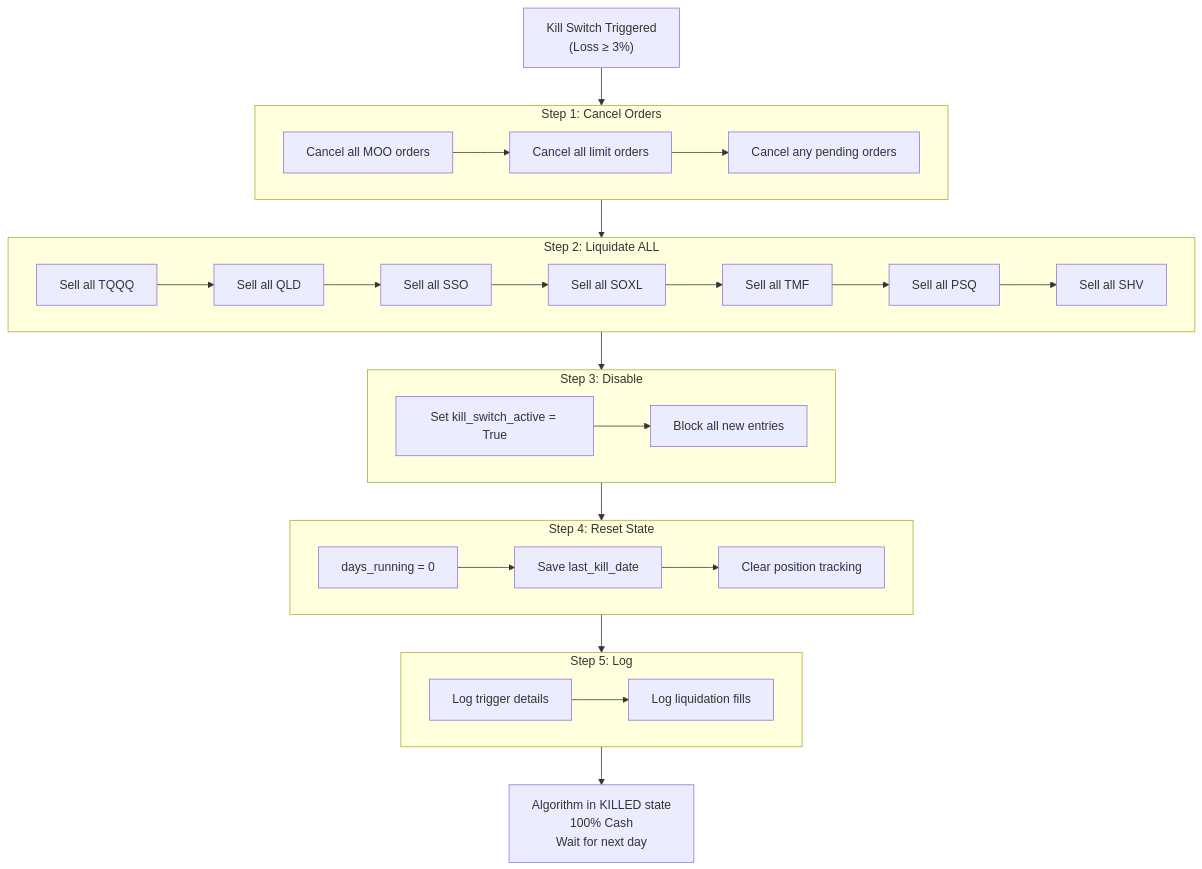
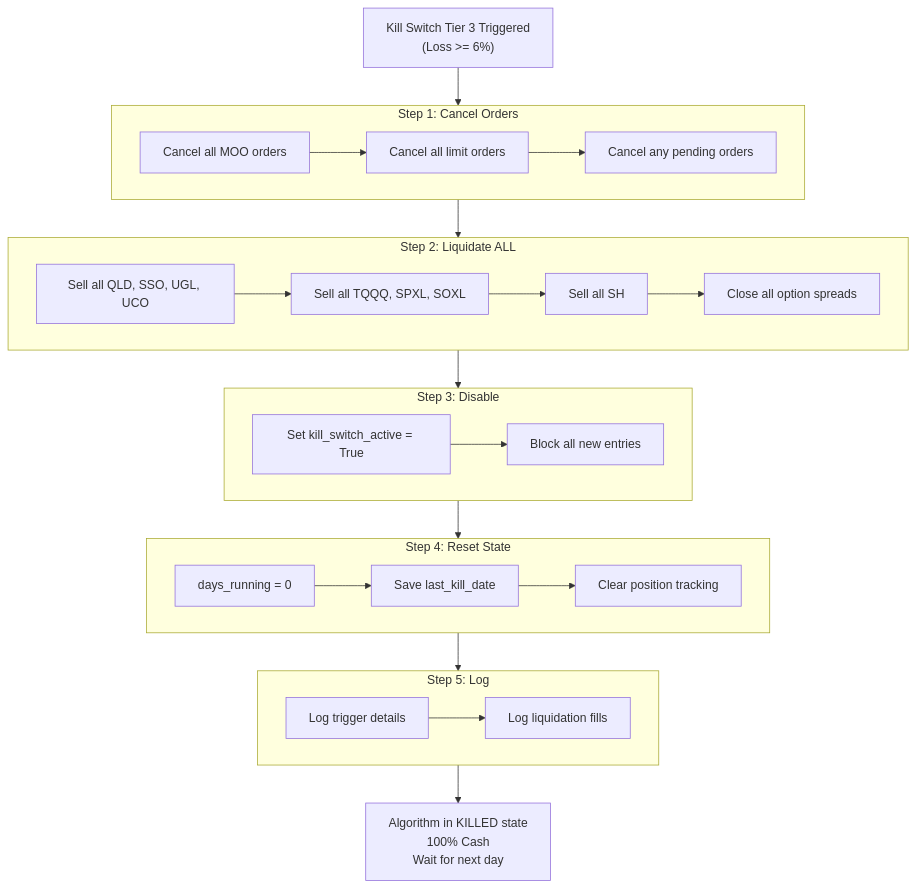
Before and after one commit to vickdavinci/alpha-nextgen-v2-private: the second of 2 diagrams in docs/system/12-risk-engine.md, drawn with Mermaid. The commit also changed other lines of this file and 17 other files, not shown here.

````diff
--- a/docs/system/12-risk-engine.md
+++ b/docs/system/12-risk-engine.md
@@ -616,50 +621,47 @@
 ```mermaid
 flowchart TD
-    TRIGGER["Kill Switch Triggered<br/>(Loss ≥ 3%)"]
-    
+    TRIGGER["Kill Switch Tier 3 Triggered<br/>(Loss >= 6%)"]
+
     subgraph CANCEL["Step 1: Cancel Orders"]
         C1["Cancel all MOO orders"]
         C2["Cancel all limit orders"]
         C3["Cancel any pending orders"]
     end
-    
+
     subgraph LIQUIDATE["Step 2: Liquidate ALL"]
-        L1["Sell all TQQQ"]
-        L2["Sell all QLD"]
-        L3["Sell all SSO"]
-        L4["Sell all SOXL"]
-        L5["Sell all TMF"]
-        L6["Sell all PSQ"]
-        L7["Sell all SHV"]
+        L1["Sell all QLD, SSO, UGL, UCO"]
+        L2["Sell all TQQQ, SPXL, SOXL"]
+        L3["Sell all SH"]
+        L4["Close all option spreads"]
     end
     
     subgraph DISABLE["Step 3: Disable"]
         D1["Set kill_switch_active = True"]
         D2["Block all new entries"]
     end
     
     subgraph RESET["Step 4: Reset State"]
         R1["days_running = 0"]
         R2["Save last_kill_date"]
         R3["Clear position tracking"]
     end
     
     subgraph LOG["Step 5: Log"]
         LOG1["Log trigger details"]
         LOG2["Log liquidation fills"]
     end
     
     FINAL["Algorithm in KILLED state<br/>100% Cash<br/>Wait for next day"]
     
     TRIGGER --> CANCEL
     C1 --> C2 --> C3
     CANCEL --> LIQUIDATE
-    L1 --> L2 --> L3 --> L4 --> L5 --> L6 --> L7
+    L1 --> L2 --> L3 --> L4
     LIQUIDATE --> DISABLE
     D1 --> D2
     DISABLE --> RESET
     R1 --> R2 --> R3
     RESET --> LOG
     LOG1 --> LOG2
     LOG --> FINAL
 ```
````
